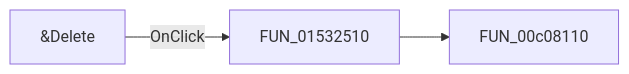
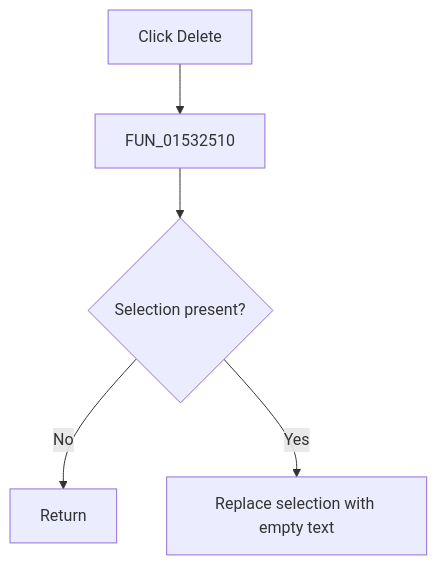
The diagram in docs/ui-controls/netlisteditor/midelete-161a7fa538.md (MovGP0/TIARA), drawn with Mermaid before and after one commit. The commit also changed other lines of this file and 1062 other files, not shown here.

````diff
--- a/docs/ui-controls/netlisteditor/midelete-161a7fa538.md
+++ b/docs/ui-controls/netlisteditor/midelete-161a7fa538.md
@@ -27,5 +29,7 @@
 ```mermaid
-flowchart LR
-    control["&Delete"] -->|OnClick| handler["FUN_01532510"]
-    handler --> call1["FUN_00c08110"]
+flowchart TD
+    control["Click Delete"] --> handler["FUN_01532510"]
+    handler --> selected{"Selection present?"}
+    selected -->|No| noop["Return"]
+    selected -->|Yes| remove["Replace selection with empty text"]
 ```
````
